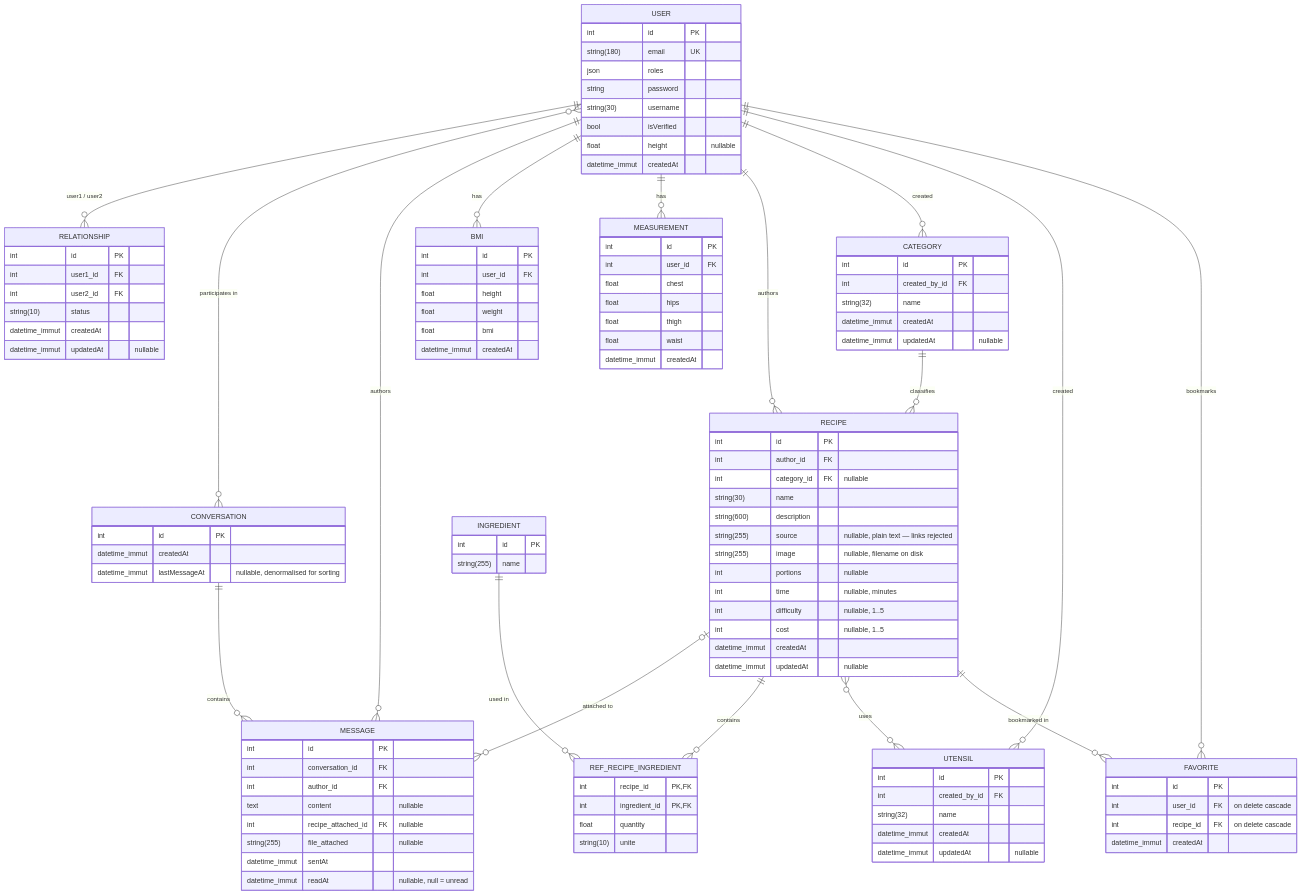
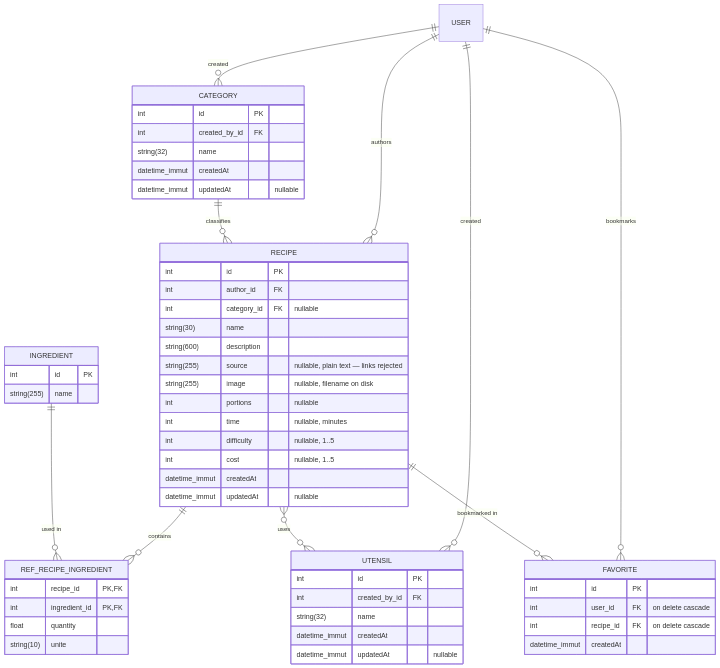
The second of 4 diagrams in README.md (EECKHOUTRemi/MesApplisHF), drawn with Mermaid before and after one commit.

````diff
--- a/README.md
+++ b/README.md
@@ -412,77 +446,14 @@
 ```mermaid
 erDiagram
-    USER ||--o{ RELATIONSHIP            : "user1 / user2"
-    USER }o--o{ CONVERSATION            : "participates in"
-    CONVERSATION ||--o{ MESSAGE         : contains
-    USER ||--o{ MESSAGE                 : authors
-    RECIPE |o--o{ MESSAGE               : "attached to"
-    USER ||--o{ BMI                     : has
-    USER ||--o{ MEASUREMENT             : has
     USER ||--o{ RECIPE                  : authors
     USER ||--o{ CATEGORY                : "created"
     USER ||--o{ UTENSIL                 : "created"
+    USER ||--o{ FAVORITE                : bookmarks
     CATEGORY ||--o{ RECIPE              : classifies
     RECIPE ||--o{ REF_RECIPE_INGREDIENT : contains
     INGREDIENT ||--o{ REF_RECIPE_INGREDIENT : "used in"
     RECIPE }o--o{ UTENSIL               : "uses"
-    USER ||--o{ FAVORITE                : bookmarks
     RECIPE ||--o{ FAVORITE              : "bookmarked in"
-
-    USER {
-        int             id PK
-        string(180)     email UK
-        json            roles
-        string          password
-        string(30)      username
-        bool            isVerified
-        float           height "nullable"
-        datetime_immut  createdAt
-    }
-
-    RELATIONSHIP {
-        int             id PK
-        int             user1_id FK
-        int             user2_id FK
-        string(10)      status
-        datetime_immut  createdAt
-        datetime_immut  updatedAt "nullable"
-    }
-
-    CONVERSATION {
-        int             id PK
-        datetime_immut  createdAt
-        datetime_immut  lastMessageAt "nullable, denormalised for sorting"
-    }
-
-    MESSAGE {
-        int             id PK
-        int             conversation_id FK
-        int             author_id FK
-        text            content "nullable"
-        int             recipe_attached_id FK "nullable"
-        string(255)     file_attached "nullable"
-        datetime_immut  sentAt
-        datetime_immut  readAt "nullable, null = unread"
-    }
-
-    BMI {
-        int             id PK
-        int             user_id FK
-        float           height
-        float           weight
-        float           bmi
-        datetime_immut  createdAt
-    }
-
-    MEASUREMENT {
-        int             id PK
-        int             user_id FK
-        float           chest
-        float           hips
-        float           thigh
-        float           waist
-        datetime_immut  createdAt
-    }
 
     RECIPE {
         int             id PK
@@ -500,25 +471,6 @@
         datetime_immut  updatedAt "nullable"
     }
 
-    FAVORITE {
-        int             id PK
-        int             user_id FK "on delete cascade"
-        int             recipe_id FK "on delete cascade"
-        datetime_immut  createdAt
-    }
-
-    INGREDIENT {
-        int             id PK
-        string(255)     name
-    }
-
-    REF_RECIPE_INGREDIENT {
-        int             recipe_id PK,FK
-        int             ingredient_id PK,FK
-        float           quantity
-        string(10)      unite
-    }
-
     CATEGORY {
         int             id PK
         int             created_by_id FK
@@ -534,4 +486,23 @@
         datetime_immut  createdAt
         datetime_immut  updatedAt "nullable"
     }
+
+    INGREDIENT {
+        int             id PK
+        string(255)     name
+    }
+
+    REF_RECIPE_INGREDIENT {
+        int             recipe_id PK,FK
+        int             ingredient_id PK,FK
+        float           quantity
+        string(10)      unite
+    }
+
+    FAVORITE {
+        int             id PK
+        int             user_id FK "on delete cascade"
+        int             recipe_id FK "on delete cascade"
+        datetime_immut  createdAt
+    }
 ```
````
